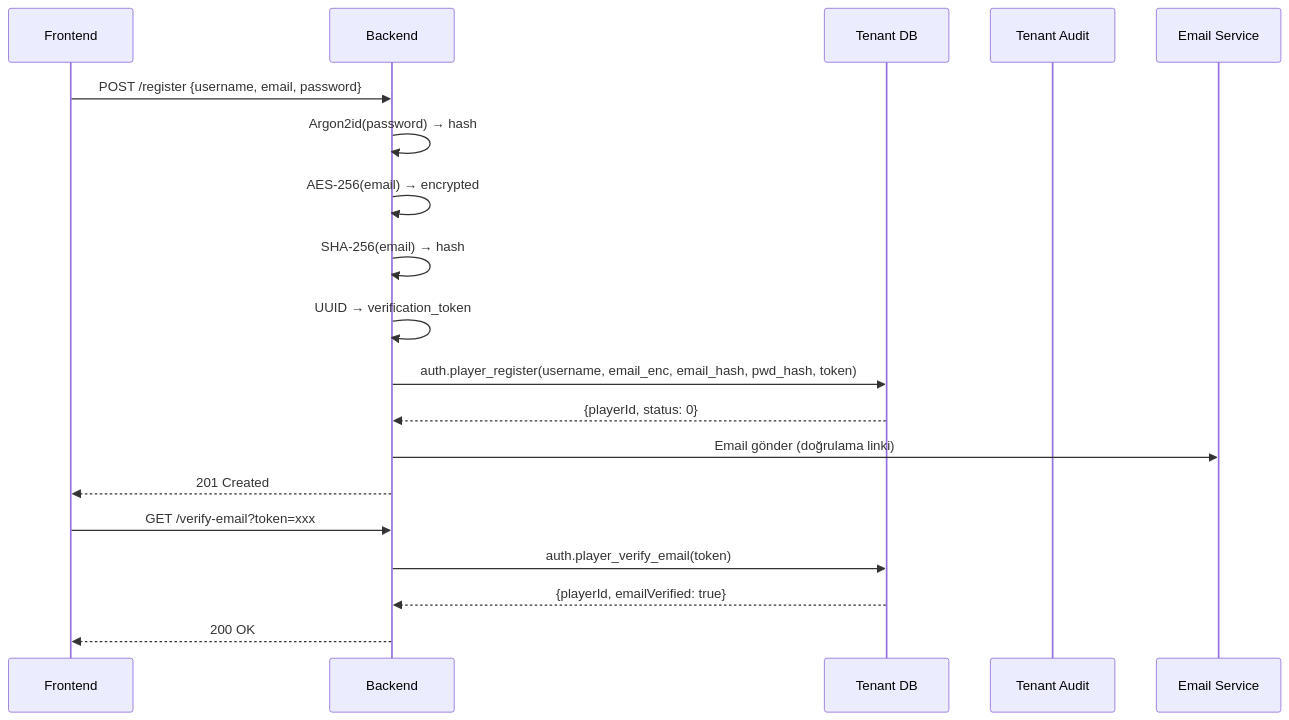
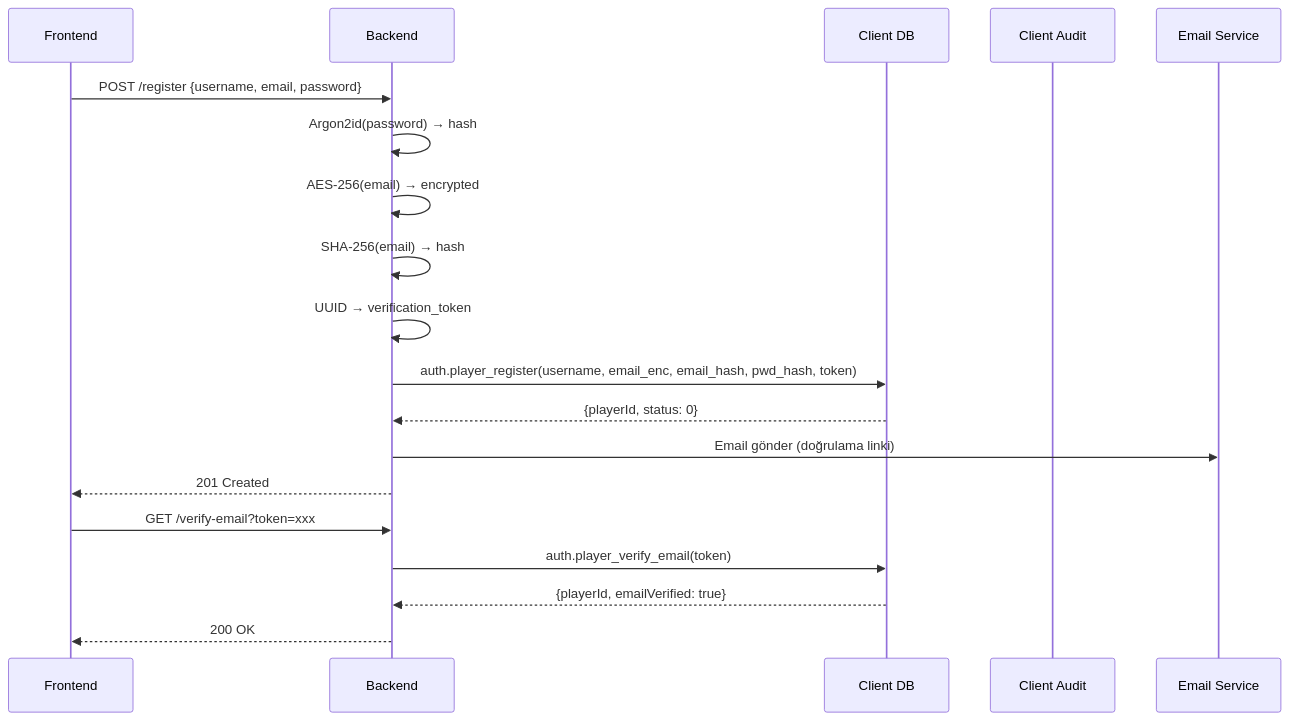
Before and after one commit to frhtshn/One.DB: the fourth of 9 diagrams in .docs/guides/PLAYER_AUTH_KYC_GUIDE.md, drawn with Mermaid. The commit also changed other lines of this file and 442 other files, not shown here.

First line of the commit message:
Nucleo → Sortis One ve tenant → client içerik güncellemeleri

````diff
--- a/.docs/guides/PLAYER_AUTH_KYC_GUIDE.md
+++ b/.docs/guides/PLAYER_AUTH_KYC_GUIDE.md
@@ -137,23 +137,23 @@
 ```mermaid
 sequenceDiagram
     participant FE as Frontend
     participant BE as Backend
-    participant TD as Tenant DB
-    participant TA as Tenant Audit
+    participant TD as Client DB
+    participant TA as Client Audit
     participant ES as Email Service
 
     FE->>BE: POST /register {username, email, password}
     BE->>BE: Argon2id(password) → hash
     BE->>BE: AES-256(email) → encrypted
     BE->>BE: SHA-256(email) → hash
     BE->>BE: UUID → verification_token
     BE->>TD: auth.player_register(username, email_enc, email_hash, pwd_hash, token)
     TD-->>BE: {playerId, status: 0}
     BE->>ES: Email gönder (doğrulama linki)
     BE-->>FE: 201 Created
 
     FE->>BE: GET /verify-email?token=xxx
     BE->>TD: auth.player_verify_email(token)
     TD-->>BE: {playerId, emailVerified: true}
     BE-->>FE: 200 OK
 ```
````
